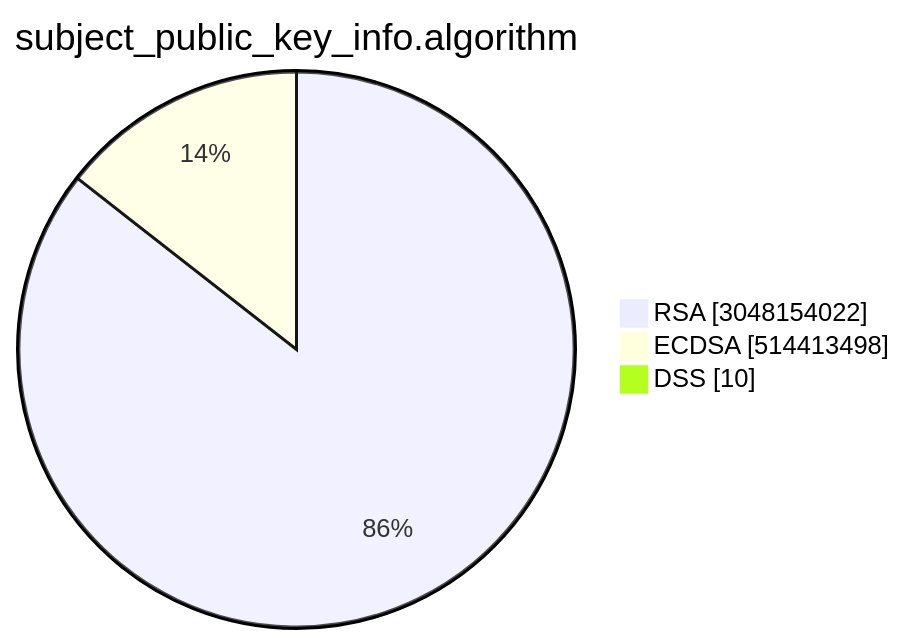
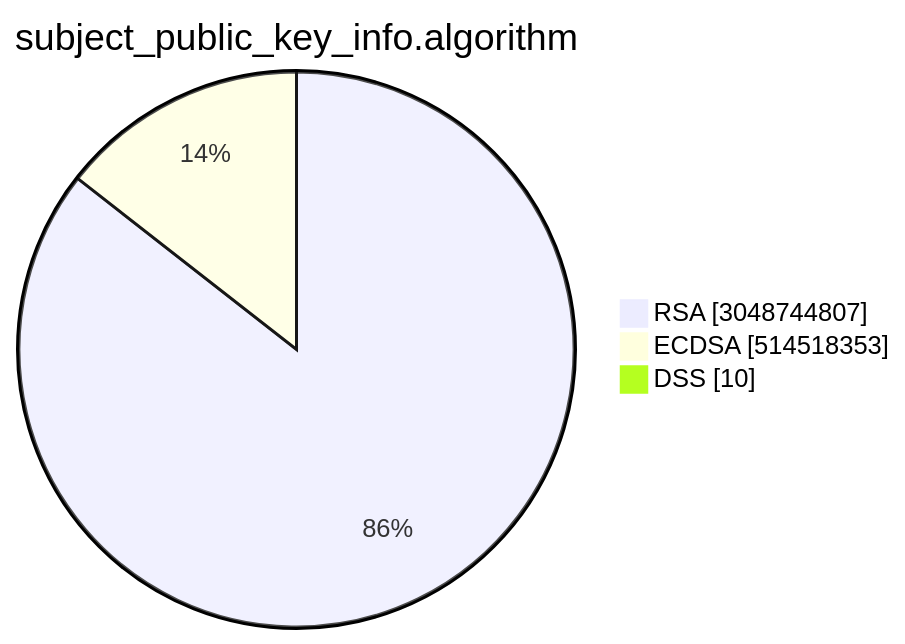
Before and after one commit to christiankrug/ctmonitor_visualization: the second of 15 diagrams in TOTAL/README.md, drawn with Mermaid. The commit also changed other lines of this file, not shown here.

````diff
--- a/TOTAL/README.md
+++ b/TOTAL/README.md
@@ -6,7 +6,7 @@
 ```mermaid
 pie showData
 title subject_public_key_info.algorithm
-"RSA" :3048154022
-"ECDSA" :514413498
+"RSA" :3048744807
+"ECDSA" :514518353
 "DSS" :10
 ```
````
